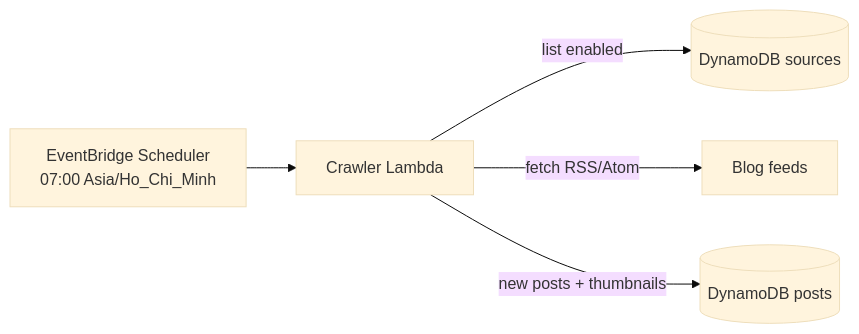
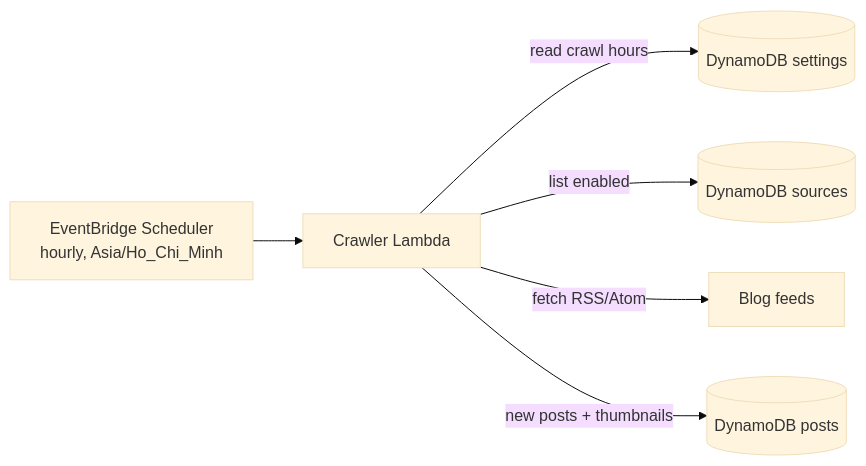
Before and after one commit to HuyNguyen260398/feedzydev: the third of 5 diagrams in docs/architecture.md, drawn with Mermaid (base theme). The commit also changed other lines of this file and 1 other file, not shown here.

First line of the commit message:
docs: describe the hourly crawl schedule

````diff
--- a/docs/architecture.md
+++ b/docs/architecture.md
@@ -76,7 +76,8 @@
 ```mermaid
 flowchart LR
-    S[EventBridge Scheduler<br/>07:00 Asia/Ho_Chi_Minh] --> CR[Crawler Lambda]
+    S[EventBridge Scheduler<br/>hourly, Asia/Ho_Chi_Minh] --> CR[Crawler Lambda]
+    CR -->|read crawl hours| DST[(DynamoDB settings)]
     CR -->|list enabled| DS[(DynamoDB sources)]
     CR -->|fetch RSS/Atom| W[Blog feeds]
     CR -->|new posts + thumbnails| DP[(DynamoDB posts)]
 ```
````
